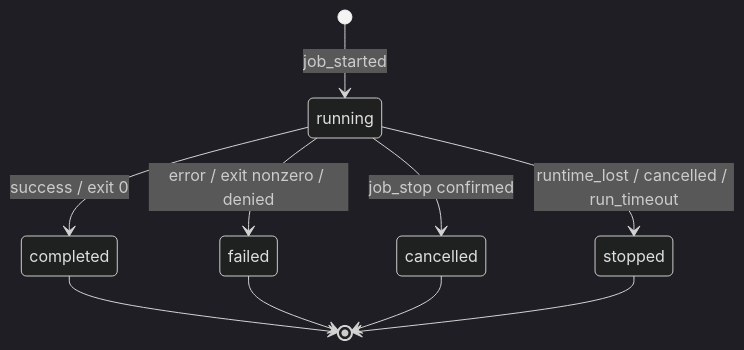
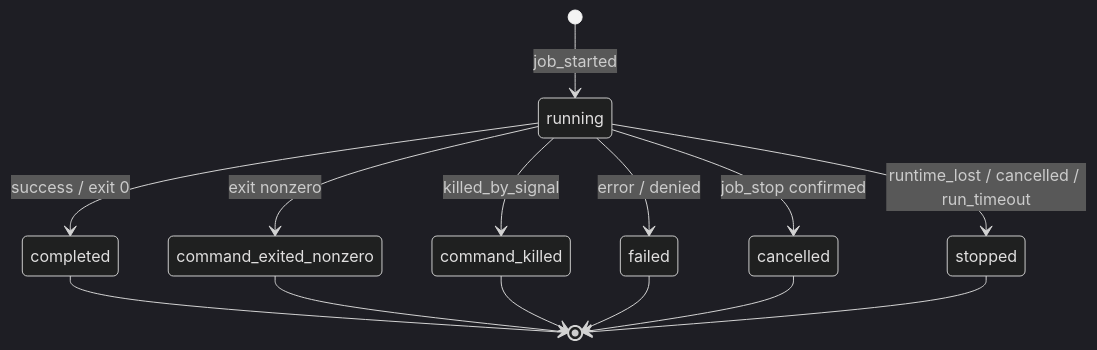
The first of 7 diagrams in docs/job-control.md (prime-radiant-inc/evener), drawn with Mermaid (dark theme) before and after one commit. The commit also changed other lines of this file and 2 other files, not shown here.

````diff
--- a/docs/job-control.md
+++ b/docs/job-control.md
@@ -232,12 +235,16 @@
 ```mermaid
 stateDiagram-v2
     [*] --> running: job_started
     running --> completed: success / exit 0
-    running --> failed: error / exit nonzero / denied
+    running --> command_exited_nonzero: exit nonzero
+    running --> command_killed: killed_by_signal
+    running --> failed: error / denied
     running --> cancelled: job_stop confirmed
     running --> stopped: runtime_lost / cancelled / run_timeout
     completed --> [*]
+    command_exited_nonzero --> [*]
+    command_killed --> [*]
     failed --> [*]
     cancelled --> [*]
     stopped --> [*]
 ```
````
